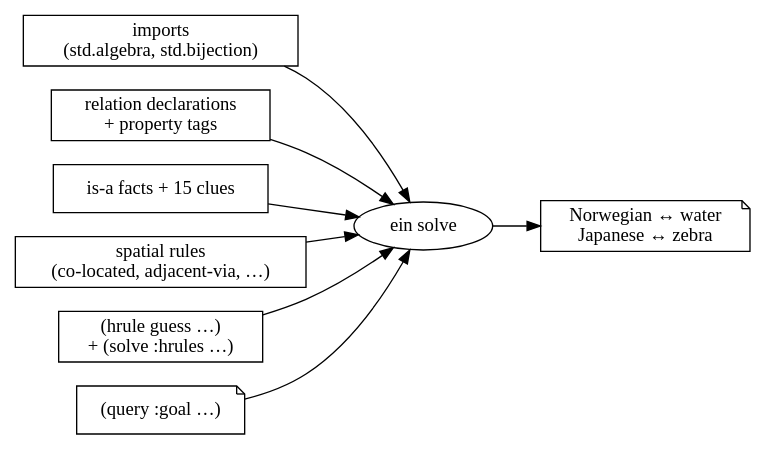
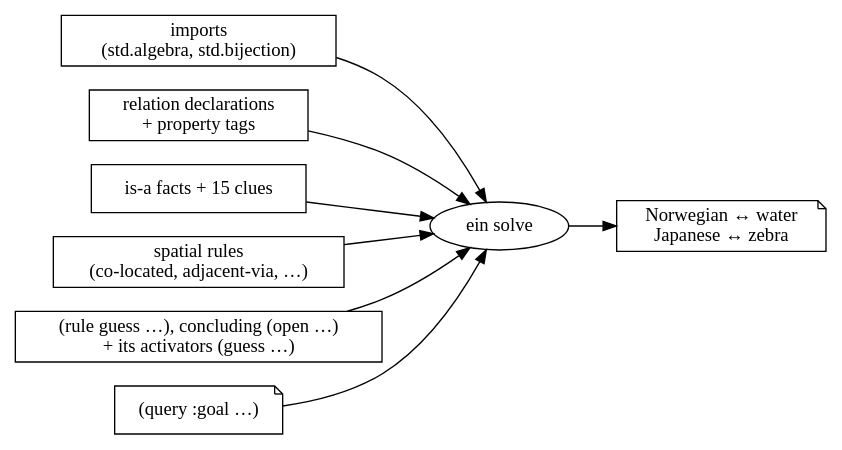
Before and after one commit to agutikov/ein: the diagram in docs/ein/user/02-guide/diagrams/04-zebra2-pieces.dot, drawn with Graphviz. The commit also changed 119 other files, not shown here.

First line of the commit message:
The pages and the decisions say a hypothesis rule is a rule that concludes (open F), activated by the facts of its name a program writes, with no hrule form and no :hrules clause; Q-M1f.567 filed (S1f.21.18, task 4).

```diff
--- a/docs/ein/user/02-guide/diagrams/04-zebra2-pieces.dot
+++ b/docs/ein/user/02-guide/diagrams/04-zebra2-pieces.dot
@@ -1,12 +1,12 @@
 digraph { rankdir=LR; node [shape=box];
   imports [label="imports\n(std.algebra, std.bijection)"];
   schema  [label="relation declarations\n+ property tags"];
   facts   [label="is-a facts + 15 clues"];
   rules   [label="spatial rules\n(co-located, adjacent-via, …)"];
-  guess   [label="(hrule guess …)\n+ (solve :hrules …)"];
+  guess   [label="(rule guess …), concluding (open …)\n+ its activators (guess …)"];
   query   [label="(query :goal …)", shape=note];
   engine  [label="ein solve", shape=ellipse];
   answer  [label="Norwegian ↔ water\nJapanese ↔ zebra", shape=note];
   imports -> engine; schema -> engine; facts -> engine; rules -> engine;
   guess -> engine; query -> engine; engine -> answer;
 }
```
